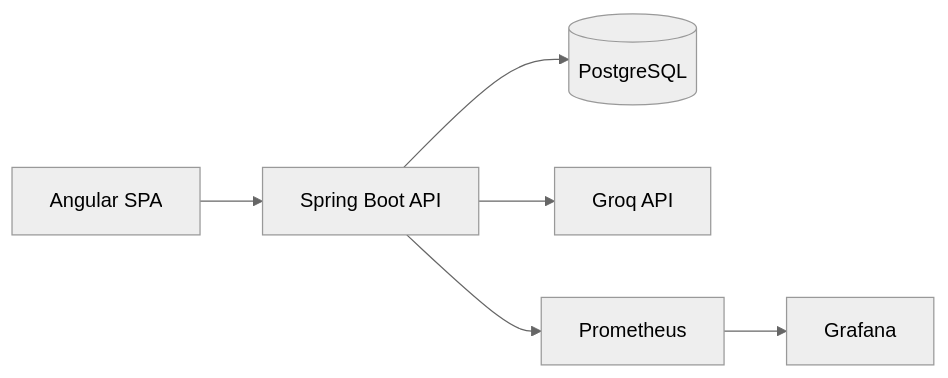
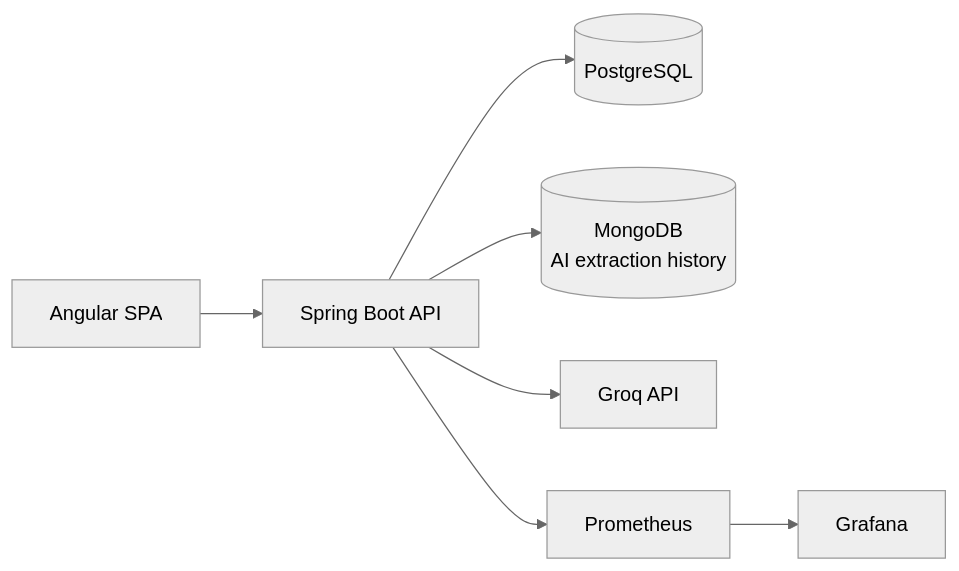
One commit to AhmedOL0/ProcureFlow changed the diagram in docs/architecture/overview.md. Above: the diagram before and after it, drawn with Mermaid (neutral theme). The commit also changed 21 other files, not shown here.

First line of the commit message:
feat(ai): MongoDB extraction history with provenance

````diff
--- a/docs/architecture/overview.md
+++ b/docs/architecture/overview.md
@@ -10,8 +10,9 @@
 ```mermaid
 flowchart LR
   Browser[Angular SPA] --> API[Spring Boot API]
   API --> PG[(PostgreSQL)]
+  API --> Mongo[(MongoDB<br/>AI extraction history)]
   API --> Groq[Groq API]
   API --> Prom[Prometheus]
   Prom --> Grafana[Grafana]
 ```
````
